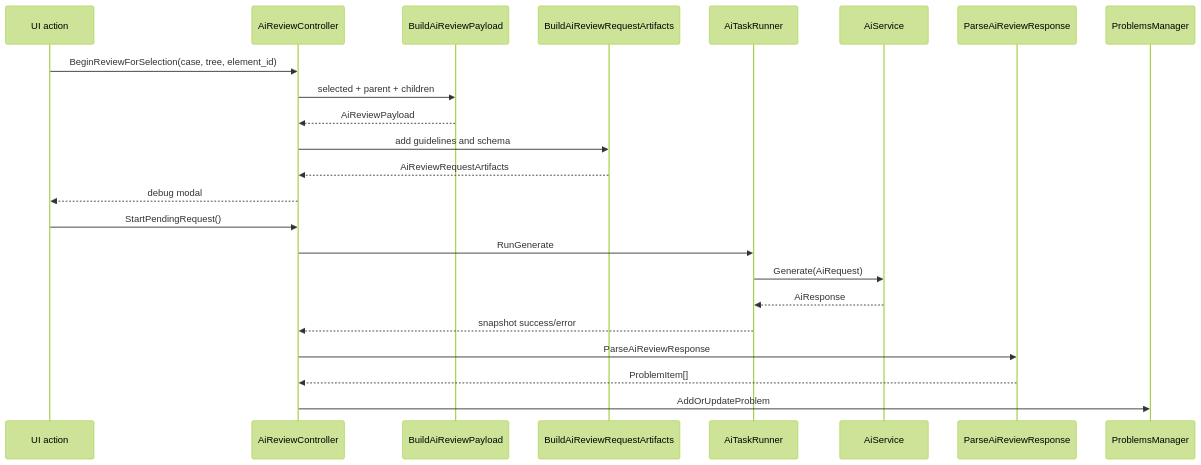
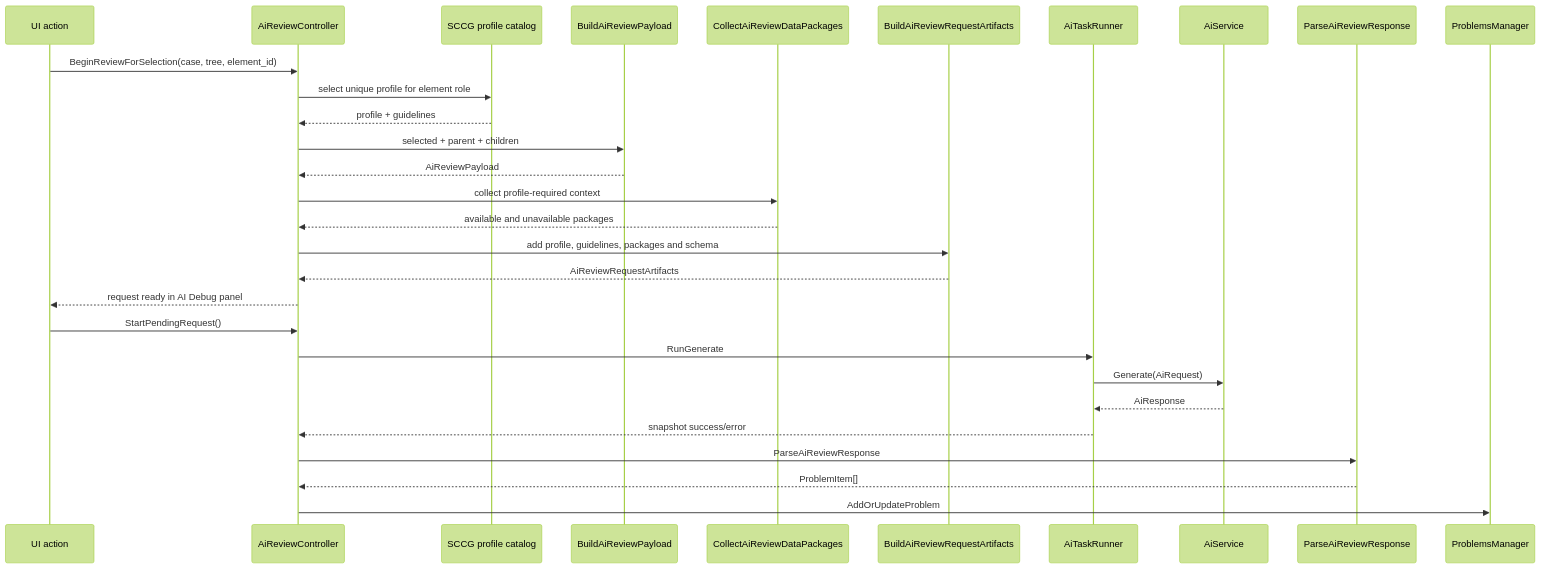
Before and after one commit to lasrod/assurance-forge: the fourth of 5 diagrams in docs/architecture/review-ai.md, drawn with Mermaid (forest theme). The commit also changed other lines of this file and 18 other files, not shown here.

Commit message:
update SCCG element review profiles

````diff
--- a/docs/architecture/review-ai.md
+++ b/docs/architecture/review-ai.md
@@ -95,26 +98,32 @@
 ```mermaid
 sequenceDiagram
     participant UI as UI action
     participant Controller as AiReviewController
+    participant Catalog as SCCG profile catalog
     participant Payload as BuildAiReviewPayload
+    participant Data as CollectAiReviewDataPackages
     participant Artifacts as BuildAiReviewRequestArtifacts
     participant Runner as AiTaskRunner
     participant Service as AiService
     participant Parser as ParseAiReviewResponse
     participant Problems as ProblemsManager
 
     UI->>Controller: BeginReviewForSelection(case, tree, element_id)
+    Controller->>Catalog: select unique profile for element role
+    Catalog-->>Controller: profile + guidelines
     Controller->>Payload: selected + parent + children
     Payload-->>Controller: AiReviewPayload
-    Controller->>Artifacts: add guidelines and schema
+    Controller->>Data: collect profile-required context
+    Data-->>Controller: available and unavailable packages
+    Controller->>Artifacts: add profile, guidelines, packages and schema
     Artifacts-->>Controller: AiReviewRequestArtifacts
-    Controller-->>UI: debug modal
+    Controller-->>UI: request ready in AI Debug panel
     UI->>Controller: StartPendingRequest()
     Controller->>Runner: RunGenerate
     Runner->>Service: Generate(AiRequest)
     Service-->>Runner: AiResponse
     Runner-->>Controller: snapshot success/error
     Controller->>Parser: ParseAiReviewResponse
     Parser-->>Controller: ProblemItem[]
     Controller->>Problems: AddOrUpdateProblem
 ```
````
